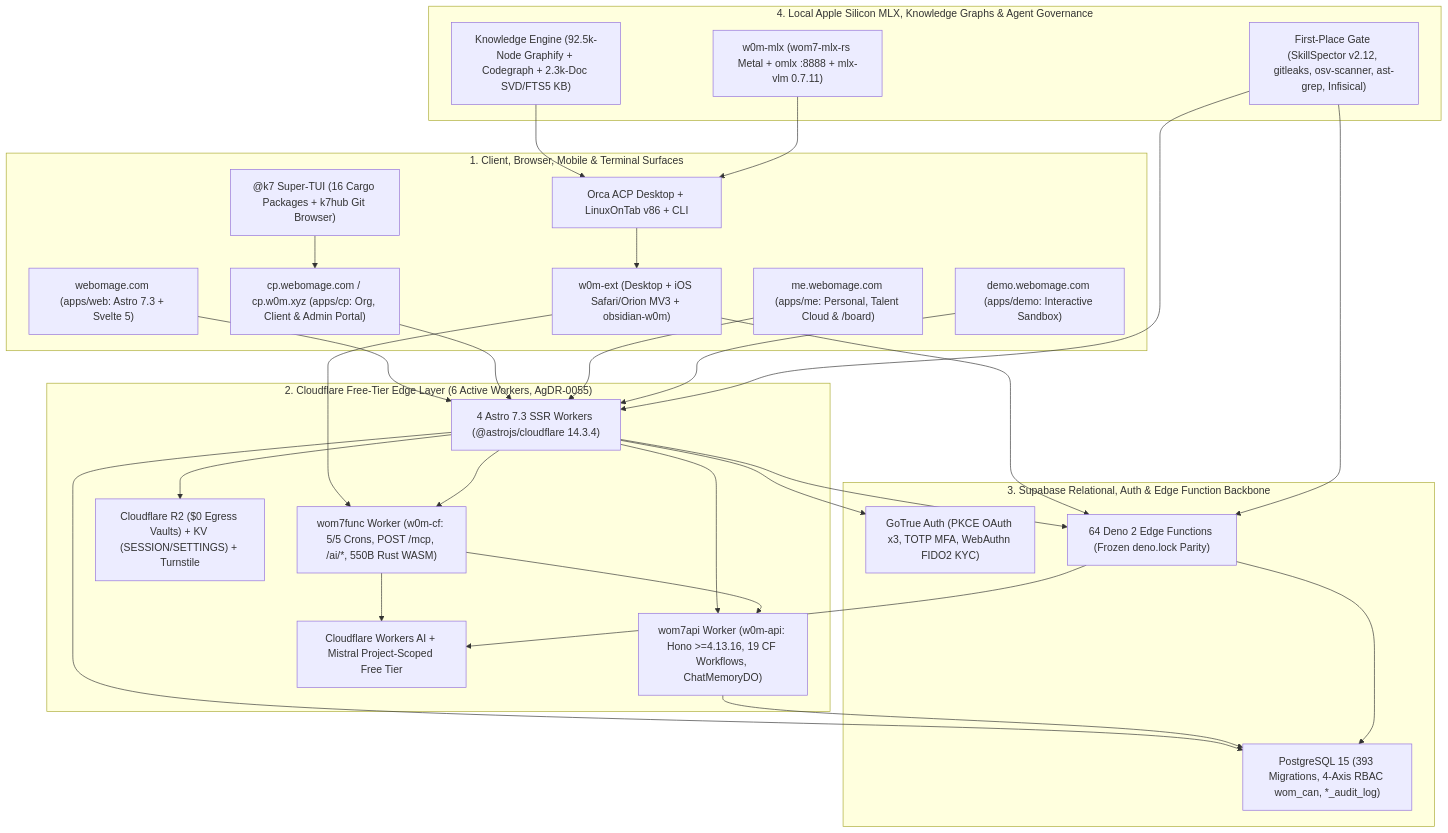
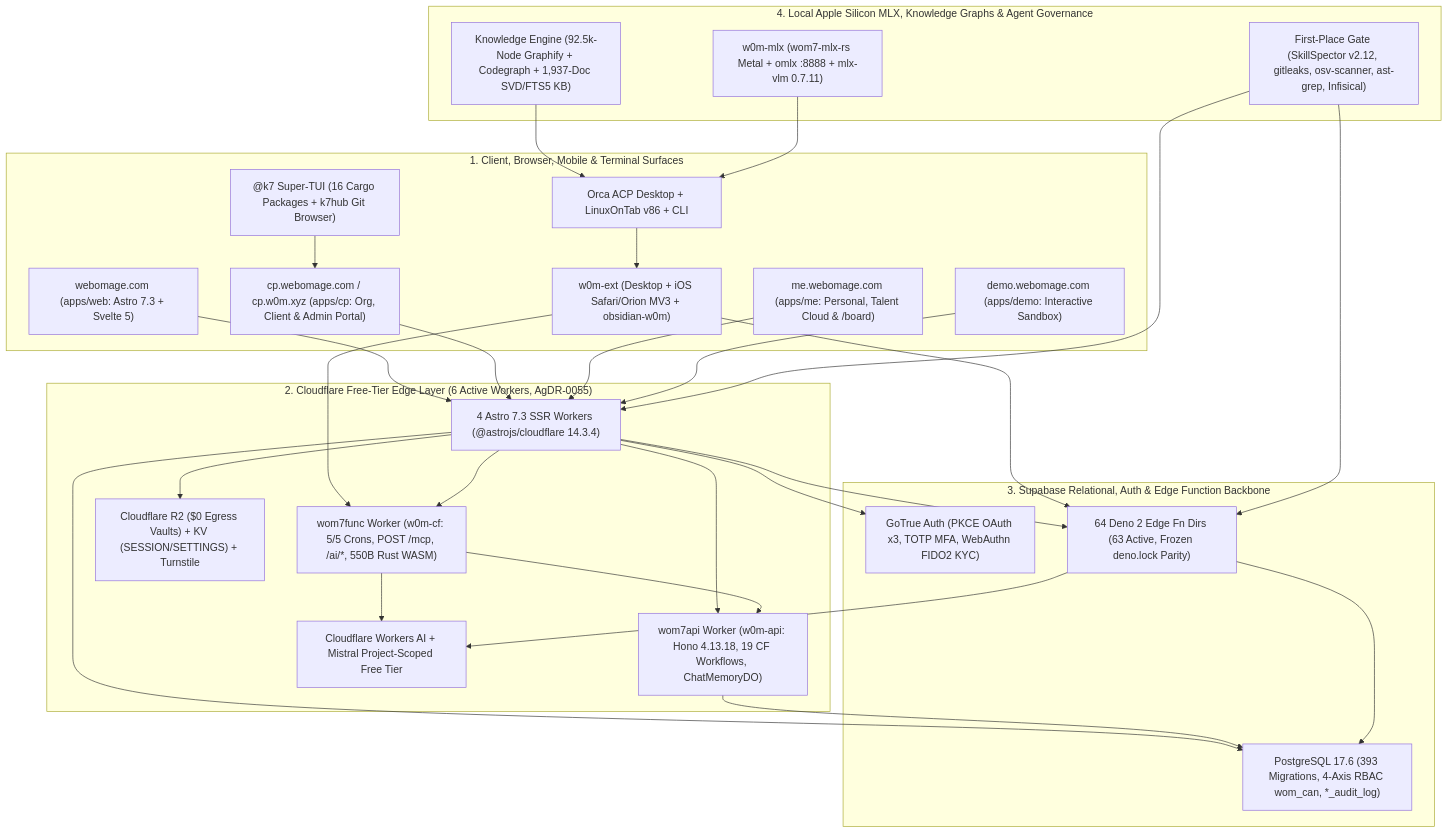
The first of 2 diagrams in .agents/reports/t734-w0m-technology-landscape-overview.md (webomage/a2ui-vinext), drawn with Mermaid before and after one commit. The commit also changed other lines of this file and 15 other files, not shown here.

````diff
--- a/.agents/reports/t734-w0m-technology-landscape-overview.md
+++ b/.agents/reports/t734-w0m-technology-landscape-overview.md
@@ -33,59 +33,59 @@
 ```mermaid
 flowchart TB
     subgraph Clients["1. Client, Browser, Mobile & Terminal Surfaces"]
         WebApp["webomage.com (apps/web: Astro 7.3 + Svelte 5)"]
         CpApp["cp.webomage.com / cp.w0m.xyz (apps/cp: Org, Client & Admin Portal)"]
         MeApp["me.webomage.com (apps/me: Personal, Talent Cloud & /board)"]
         DemoApp["demo.webomage.com (apps/demo: Interactive Sandbox)"]
         ExtMV3["w0m-ext (Desktop + iOS Safari/Orion MV3 + obsidian-w0m)"]
         K7Tui["@k7 Super-TUI (16 Cargo Packages + k7hub Git Browser)"]
         OrcaIde["Orca ACP Desktop + LinuxOnTab v86 + CLI"]
     end
 
     subgraph CFEdge["2. Cloudflare Free-Tier Edge Layer (6 Active Workers, AgDR-0055)"]
         SSRWorkers["4 Astro 7.3 SSR Workers (@astrojs/cloudflare 14.3.4)"]
         Wom7Func["wom7func Worker (w0m-cf: 5/5 Crons, POST /mcp, /ai/*, 550B Rust WASM)"]
-        Wom7Api["wom7api Worker (w0m-api: Hono >=4.13.16, 19 CF Workflows, ChatMemoryDO)"]
+        Wom7Api["wom7api Worker (w0m-api: Hono 4.13.18, 19 CF Workflows, ChatMemoryDO)"]
         EdgeState["Cloudflare R2 ($0 Egress Vaults) + KV (SESSION/SETTINGS) + Turnstile"]
         WorkersAI["Cloudflare Workers AI + Mistral Project-Scoped Free Tier"]
     end
 
     subgraph SupaData["3. Supabase Relational, Auth & Edge Function Backbone"]
         GoTrue["GoTrue Auth (PKCE OAuth x3, TOTP MFA, WebAuthn FIDO2 KYC)"]
-        Postgres["PostgreSQL 15 (393 Migrations, 4-Axis RBAC wom_can, *_audit_log)"]
-        DenoEdge["64 Deno 2 Edge Functions (Frozen deno.lock Parity)"]
+        Postgres["PostgreSQL 17.6 (393 Migrations, 4-Axis RBAC wom_can, *_audit_log)"]
+        DenoEdge["64 Deno 2 Edge Fn Dirs (63 Active, Frozen deno.lock Parity)"]
     end
 
     subgraph LocalAI["4. Local Apple Silicon MLX, Knowledge Graphs & Agent Governance"]
         MlxStack["w0m-mlx (wom7-mlx-rs Metal + omlx :8888 + mlx-vlm 0.7.11)"]
-        GraphKB["Knowledge Engine (92.5k-Node Graphify + Codegraph + 2.3k-Doc SVD/FTS5 KB)"]
+        GraphKB["Knowledge Engine (92.5k-Node Graphify + Codegraph + 1,937-Doc SVD/FTS5 KB)"]
         SecGate["First-Place Gate (SkillSpector v2.12, gitleaks, osv-scanner, ast-grep, Infisical)"]
     end
 
     WebApp --> SSRWorkers
     CpApp --> SSRWorkers
     MeApp --> SSRWorkers
     DemoApp --> SSRWorkers
     K7Tui --> CpApp
     OrcaIde --> ExtMV3
     ExtMV3 --> Wom7Func
     ExtMV3 --> DenoEdge
 
     SSRWorkers --> EdgeState
     SSRWorkers --> Wom7Func
     SSRWorkers --> Wom7Api
     SSRWorkers --> GoTrue
     SSRWorkers --> Postgres
     SSRWorkers --> DenoEdge
 
     Wom7Func --> WorkersAI
     Wom7Func --> Wom7Api
     Wom7Api --> Postgres
     DenoEdge --> Postgres
     DenoEdge --> WorkersAI
 
     GraphKB --> OrcaIde
     MlxStack --> OrcaIde
     SecGate --> SSRWorkers
     SecGate --> DenoEdge
 ```
````
